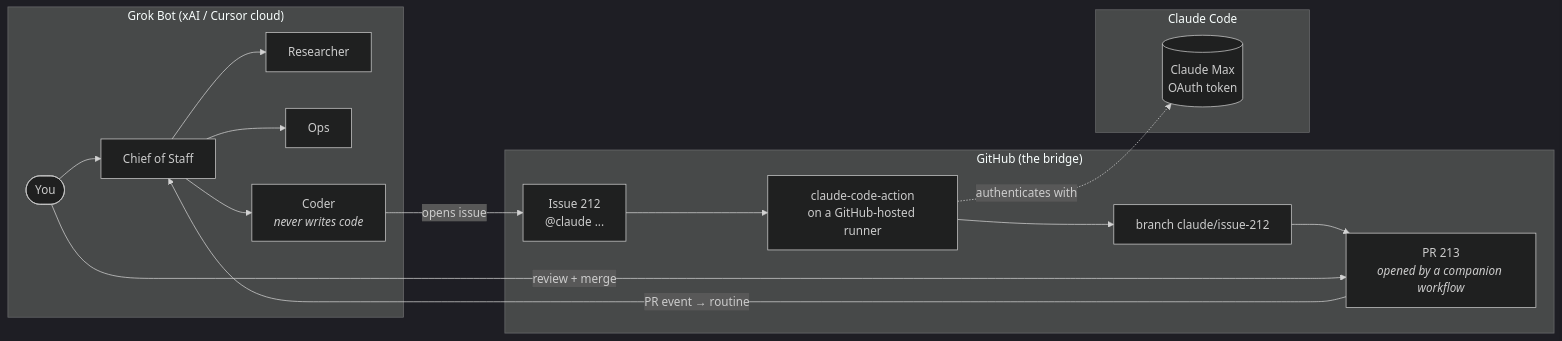
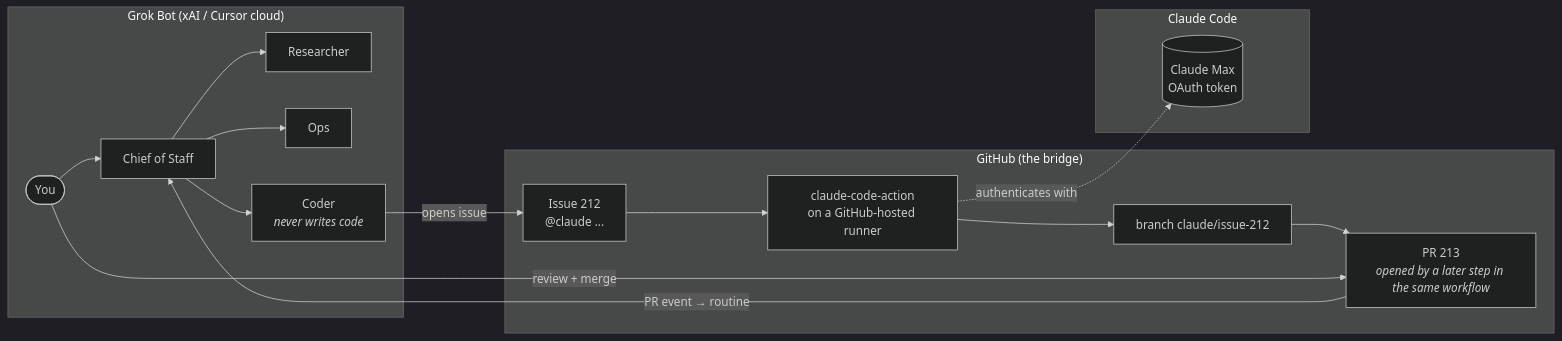
One commit to mathew-builds/Handoff changed the diagram in README.md. Above: the diagram before and after it, drawn with Mermaid (dark theme). The commit also changed other lines of this file and 8 other files, not shown here.

````diff
--- a/README.md
+++ b/README.md
@@ -13,26 +13,26 @@
 ```mermaid
 flowchart LR
     subgraph GB["Grok Bot (xAI / Cursor cloud)"]
         YOU([You]) --> COS[Chief of Staff]
         COS --> RES[Researcher]
         COS --> OPS[Ops]
         COS --> CODER[Coder<br/><i>never writes code</i>]
     end
 
     subgraph GH["GitHub (the bridge)"]
         ISSUE[Issue 212<br/>@claude ...]
         ACTION[claude-code-action<br/>on a GitHub-hosted runner]
         BRANCH[branch claude/issue-212]
-        PR[PR 213<br/><i>opened by a companion workflow</i>]
+        PR[PR 213<br/><i>opened by a later step in the same workflow</i>]
         ISSUE --> ACTION --> BRANCH --> PR
     end
 
     subgraph CC["Claude Code"]
         MAX[(Claude Max<br/>OAuth token)]
     end
 
     CODER -- "opens issue" --> ISSUE
     ACTION -. "authenticates with" .-> MAX
     PR -- "PR event → routine" --> COS
     YOU -- "review + merge" --> PR
 ```
````
